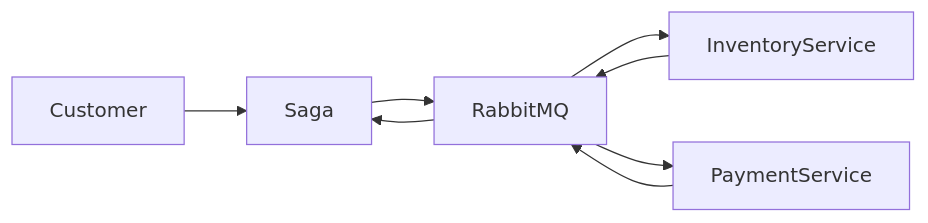
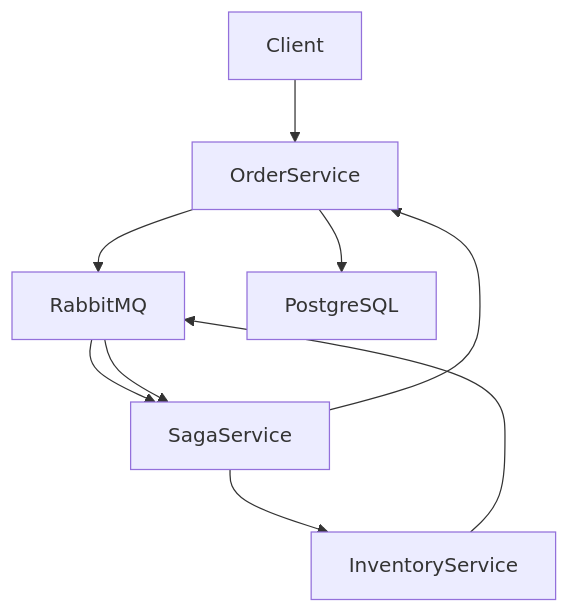
Before and after one commit to aniruddhaad/ecommerce-lab: the second of 5 diagrams in README.md, drawn with Mermaid. The commit also changed other lines of this file, not shown here.

Commit message:
C4 architecture diagrams (System Context → Container → Component)

````diff
--- a/README.md
+++ b/README.md
@@ -163,14 +61,11 @@
-``` mermaid
-flowchart LR
-
-Customer --> Saga
-
-Saga --> RabbitMQ
-RabbitMQ --> InventoryService
-RabbitMQ --> PaymentService
-
-InventoryService --> RabbitMQ
-PaymentService --> RabbitMQ
-
-RabbitMQ --> Saga
+```mermaid
+flowchart TD
+    Client --> OrderService
+    OrderService --> RabbitMQ
+    RabbitMQ --> SagaService
+    SagaService --> InventoryService
+    InventoryService --> RabbitMQ
+    RabbitMQ --> SagaService
+    SagaService --> OrderService
+    OrderService --> PostgreSQL
 ```
````
